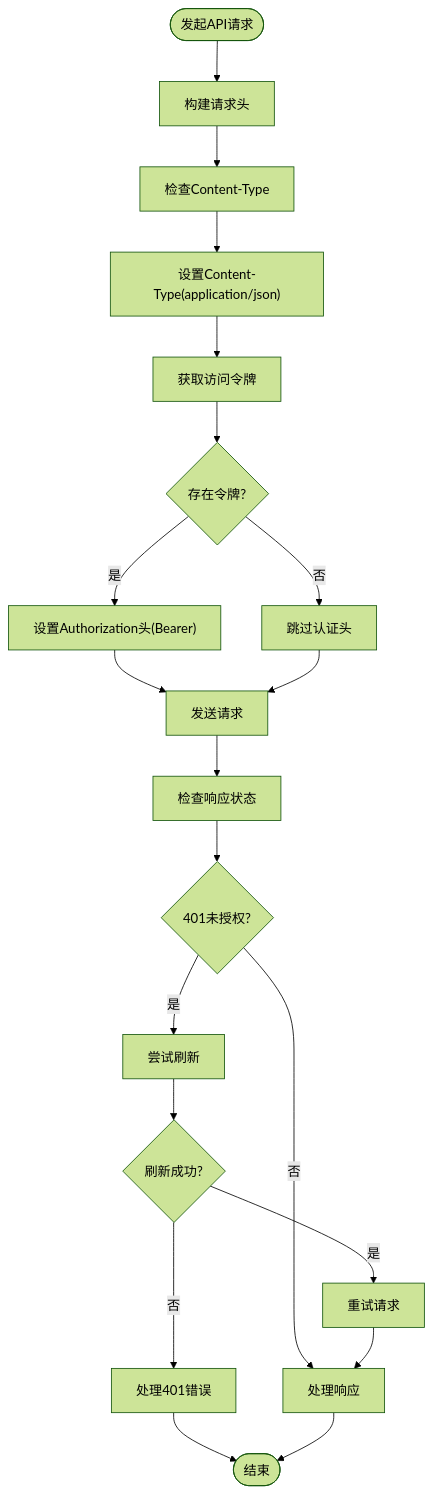
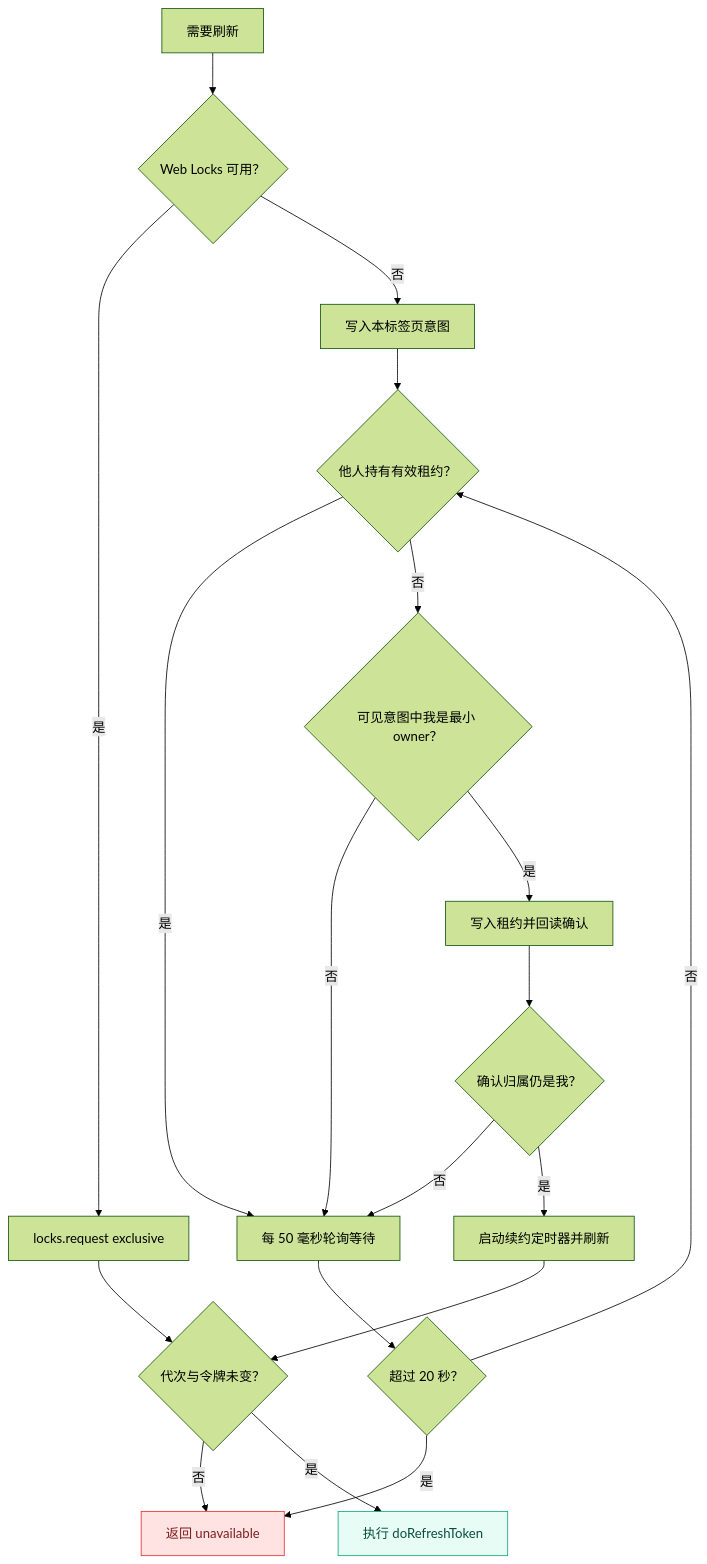
One commit to x01n/My-OpenWaf changed the sixth of 8 diagrams in docs/前端管理界面/Next.js 架构设计/登录流程与鉴权机制.md. Above: the diagram before and after it, drawn with Mermaid (forest theme). The commit also changed other lines of this file and 622 other files, not shown here.

````diff
--- a/docs/前端管理界面/Next.js 架构设计/登录流程与鉴权机制.md
+++ b/docs/前端管理界面/Next.js 架构设计/登录流程与鉴权机制.md
@@ -294,22 +487,25 @@
 ```mermaid
 flowchart TD
-Start([发起API请求]) --> BuildHeaders["构建请求头"]
-BuildHeaders --> CheckContentType["检查Content-Type"]
-CheckContentType --> SetContentType["设置Content-Type(application/json)"]
-SetContentType --> GetToken["获取访问令牌"]
-GetToken --> HasToken{"存在令牌?"}
-HasToken --> |是| SetAuthHeader["设置Authorization头(Bearer)"]
-HasToken --> |否| SkipAuth["跳过认证头"]
-SetAuthHeader --> SendRequest["发送请求"]
-SkipAuth --> SendRequest
-SendRequest --> CheckResponse["检查响应状态"]
-CheckResponse --> Status401{"401未授权?"}
-Status401 --> |是| TryRefresh["尝试刷新"]
-Status401 --> |否| HandleResponse["处理响应"]
-TryRefresh --> RefreshSuccess{"刷新成功?"}
-RefreshSuccess --> |是| RetryRequest["重试请求"]
-RefreshSuccess --> |否| Handle401["处理401错误"]
-RetryRequest --> HandleResponse
-Handle401 --> End([结束])
-HandleResponse --> End
+  A["需要刷新"] --> B{"Web Locks 可用？"}
+  B --> |是| C["locks.request exclusive"]
+  B --> |否| D["写入本标签页意图"]
+  D --> E{"他人持有有效租约？"}
+  E --> |是| F["每 50 毫秒轮询等待"]
+  F --> G{"超过 20 秒？"}
+  G --> |是| H["返回 unavailable"]
+  G --> |否| E
+  E --> |否| I{"可见意图中我是最小 owner？"}
+  I --> |否| F
+  I --> |是| J["写入租约并回读确认"]
+  J --> K{"确认归属仍是我？"}
+  K --> |否| F
+  K --> |是| L["启动续约定时器并刷新"]
+  C --> M{"代次与令牌未变？"}
+  L --> M
+  M --> |否| H
+  M --> |是| N["执行 doRefreshToken"]
+  classDef bad fill:#ffe3e3,stroke:#e03131,color:#7d1f1f
+  classDef good fill:#e6fcf5,stroke:#0ca678,color:#084d3b
+  class H bad
+  class N good
 ```
````
